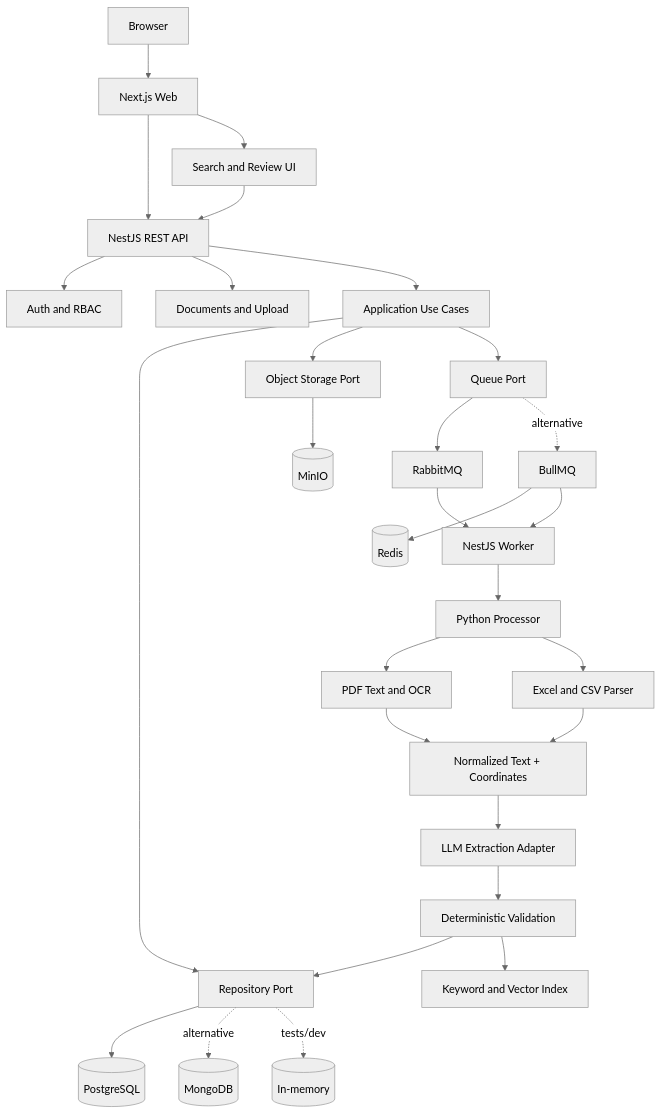
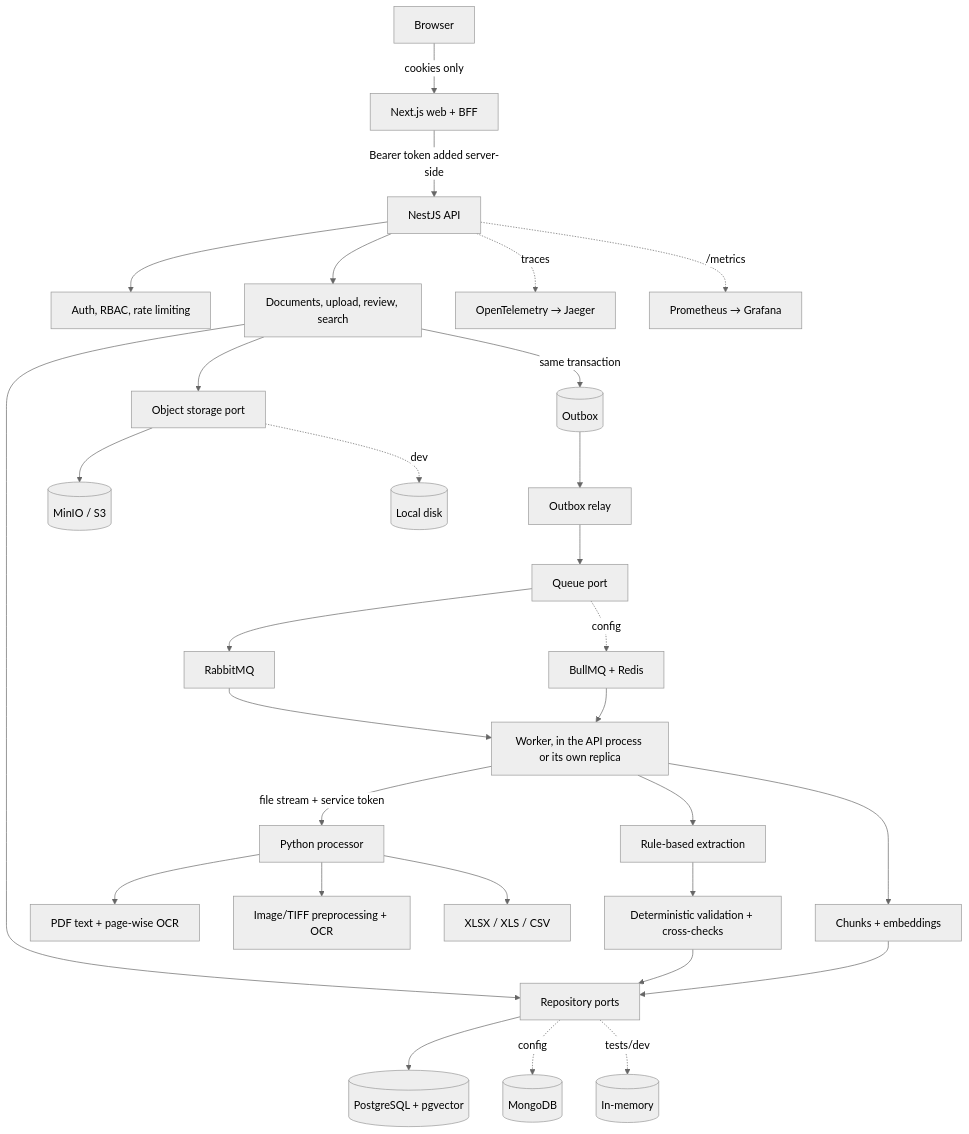
The diagram in docs/architecture.md (rjporosh/SeniorAiEngineerTaskCareGuide), drawn with Mermaid (neutral theme) before and after one commit. The commit also changed other lines of this file and 9 other files, not shown here.

First line of the commit message:
docs: add architecture, API, security, operations, testing guides and CI pipeline

````diff
--- a/docs/architecture.md
+++ b/docs/architecture.md
@@ -3,31 +3,32 @@
 ```mermaid
 flowchart TB
-    U[Browser] --> W[Next.js Web]
-    W --> A[NestJS REST API]
-    A --> AUTH[Auth and RBAC]
-    A --> DOC[Documents and Upload]
-    A --> APP[Application Use Cases]
-    APP --> REPO[Repository Port]
-    REPO --> PG[(PostgreSQL)]
-    REPO -. alternative .-> MG[(MongoDB)]
+    U[Browser] -->|cookies only| W[Next.js web + BFF]
+    W -->|Bearer token added server-side| A[NestJS API]
+    A --> AUTH[Auth, RBAC, rate limiting]
+    A --> DOC[Documents, upload, review, search]
+    DOC --> REPO[Repository ports]
+    REPO --> PG[(PostgreSQL + pgvector)]
+    REPO -. config .-> MG[(MongoDB)]
     REPO -. tests/dev .-> MEM[(In-memory)]
-    APP --> OBJ[Object Storage Port]
-    OBJ --> S3[(MinIO)]
-    APP --> Q[Queue Port]
+    DOC --> OBJ[Object storage port]
+    OBJ --> S3[(MinIO / S3)]
+    OBJ -. dev .-> FS[(Local disk)]
+    DOC -->|same transaction| OUTBOX[(Outbox)]
+    OUTBOX --> RELAY[Outbox relay]
+    RELAY --> Q[Queue port]
     Q --> RMQ[RabbitMQ]
-    Q -. alternative .-> BQ[BullMQ]
-    BQ --> REDIS[(Redis)]
-    RMQ --> WORK[NestJS Worker]
+    Q -. config .-> BQ[BullMQ + Redis]
+    RMQ --> WORK[Worker, in the API process or its own replica]
     BQ --> WORK
-    WORK --> PY[Python Processor]
-    PY --> PDF[PDF Text and OCR]
-    PY --> SHEET[Excel and CSV Parser]
-    PDF --> TXT[Normalized Text + Coordinates]
-    SHEET --> TXT
-    TXT --> LLM[LLM Extraction Adapter]
-    LLM --> VAL[Deterministic Validation]
+    WORK -->|file stream + service token| PY[Python processor]
+    PY --> PDF[PDF text + page-wise OCR]
+    PY --> IMG[Image/TIFF preprocessing + OCR]
+    PY --> SHEET[XLSX / XLS / CSV]
+    WORK --> EX[Rule-based extraction]
+    EX --> VAL[Deterministic validation + cross-checks]
     VAL --> REPO
-    VAL --> IDX[Keyword and Vector Index]
-    W --> SEARCH[Search and Review UI]
-    SEARCH --> A
+    WORK --> IDX[Chunks + embeddings]
+    IDX --> REPO
+    A -. traces .-> OT[OpenTelemetry → Jaeger]
+    A -. /metrics .-> PROM[Prometheus → Grafana]
 ```
````
